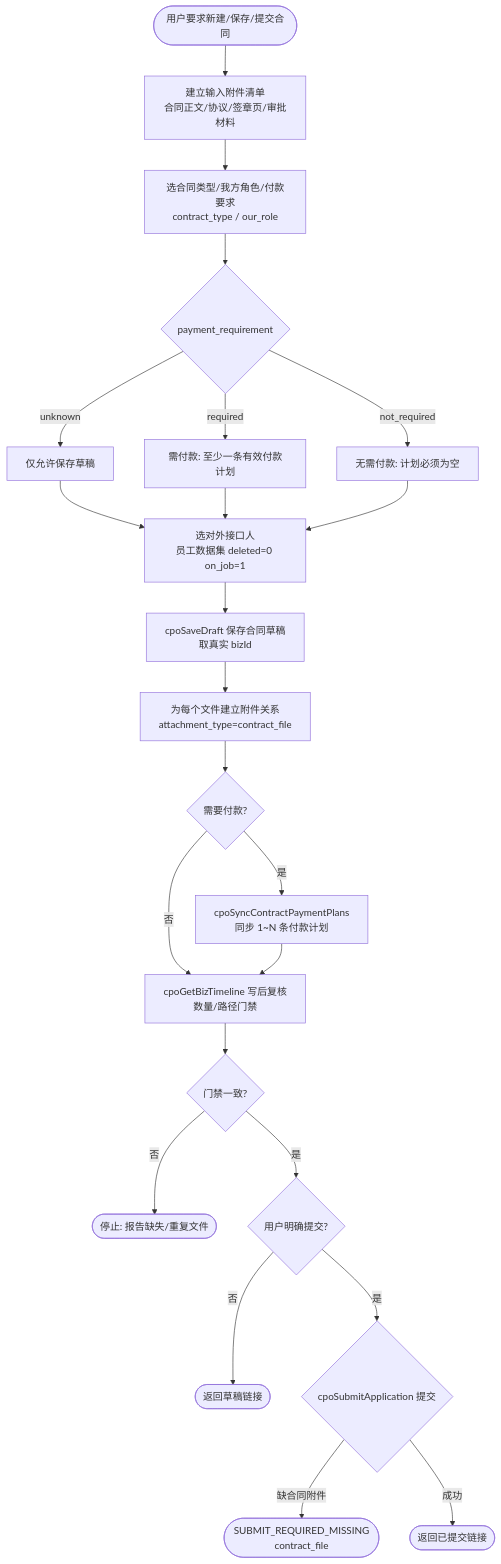
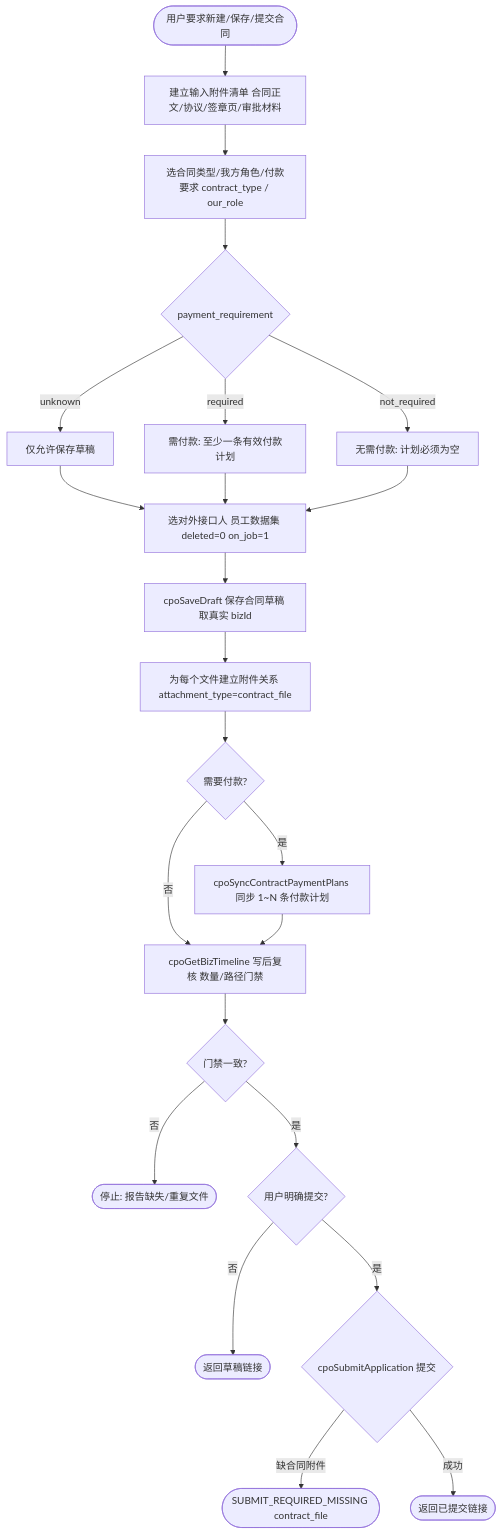
The diagram in .agents/skills/cpo-contract-application/SKILL.md (lovrabet/ei-demo), drawn with Mermaid before and after one commit. The commit also changed 8 other files, not shown here.

Commit message:
feat: 侧边栏菜单移除飞书消息通知；skill 流程图去掉平台不支持的 br 换行标签

````diff
--- a/.agents/skills/cpo-contract-application/SKILL.md
+++ b/.agents/skills/cpo-contract-application/SKILL.md
@@ -14,25 +14,25 @@
 ```mermaid
 flowchart TD
-  Start([用户要求新建/保存/提交合同]) --> P1[建立输入附件清单<br/>合同正文/协议/签章页/审批材料]
-  P1 --> P2[选合同类型/我方角色/付款要求<br/>contract_type / our_role]
+  Start([用户要求新建/保存/提交合同]) --> P1[建立输入附件清单 合同正文/协议/签章页/审批材料]
+  P1 --> P2[选合同类型/我方角色/付款要求 contract_type / our_role]
   P2 --> P3{payment_requirement}
   P3 -- unknown --> DraftOnly[仅允许保存草稿]
   P3 -- required --> P4a[需付款: 至少一条有效付款计划]
   P3 -- not_required --> P4b[无需付款: 计划必须为空]
   DraftOnly --> L1
   P4a --> L1
-  P4b --> L1[选对外接口人<br/>员工数据集 deleted=0 on_job=1]
-  L1 --> L2[cpoSaveDraft 保存合同草稿<br/>取真实 bizId]
-  L2 --> L3[为每个文件建立附件关系<br/>attachment_type=contract_file]
+  P4b --> L1[选对外接口人 员工数据集 deleted=0 on_job=1]
+  L1 --> L2[cpoSaveDraft 保存合同草稿 取真实 bizId]
+  L2 --> L3[为每个文件建立附件关系 attachment_type=contract_file]
   L3 --> L4{需要付款?}
-  L4 -- 是 --> P5[cpoSyncContractPaymentPlans<br/>同步 1~N 条付款计划]
+  L4 -- 是 --> P5[cpoSyncContractPaymentPlans 同步 1~N 条付款计划]
   L4 -- 否 --> P6
-  P5 --> P6[cpoGetBizTimeline 写后复核<br/>数量/路径门禁]
+  P5 --> P6[cpoGetBizTimeline 写后复核 数量/路径门禁]
   P6 --> L5{门禁一致?}
   L5 -- 否 --> Stop1([停止: 报告缺失/重复文件])
   L5 -- 是 --> L6{用户明确提交?}
   L6 -- 否 --> E1([返回草稿链接])
   L6 -- 是 --> L7{cpoSubmitApplication 提交}
-  L7 -- 缺合同附件 --> Stop2([SUBMIT_REQUIRED_MISSING<br/>contract_file])
+  L7 -- 缺合同附件 --> Stop2([SUBMIT_REQUIRED_MISSING contract_file])
   L7 -- 成功 --> E2([返回已提交链接])
 ```
````
